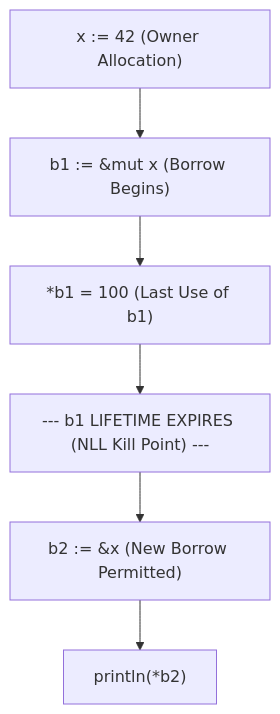
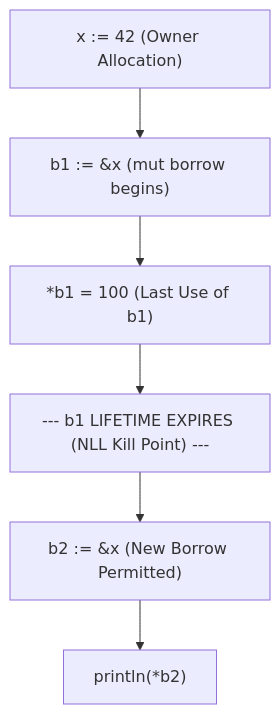
One commit to bharathvbcr/GoSree changed the sixth of 9 diagrams in docs/ARCHITECTURE.md. Above: the diagram before and after it, drawn with Mermaid. The commit also changed other lines of this file and 13 other files, not shown here.

````diff
--- a/docs/ARCHITECTURE.md
+++ b/docs/ARCHITECTURE.md
@@ -280,8 +279,8 @@
 ```mermaid
 flowchart TD
-    Alloc["x := 42 (Owner Allocation)"] --> Borrow1["b1 := &mut x (Borrow Begins)"]
+    Alloc["x := 42 (Owner Allocation)"] --> Borrow1["b1 := &x (mut borrow begins)"]
     Borrow1 --> Use1["*b1 = 100 (Last Use of b1)"]
     Use1 --> KillPoint["--- b1 LIFETIME EXPIRES (NLL Kill Point) ---"]
     KillPoint --> Borrow2["b2 := &x (New Borrow Permitted)"]
     Borrow2 --> Use2["println(*b2)"]
 ```
````
